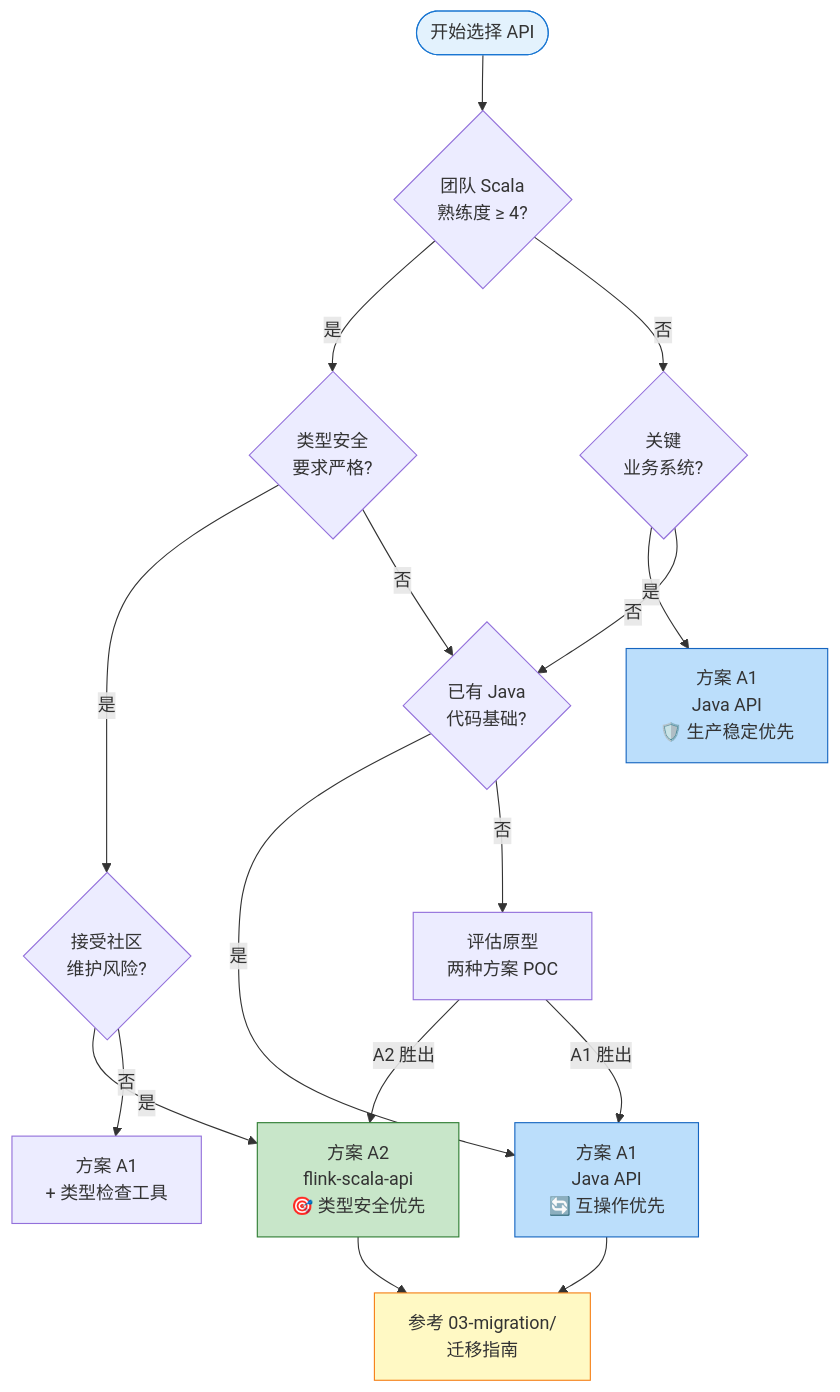
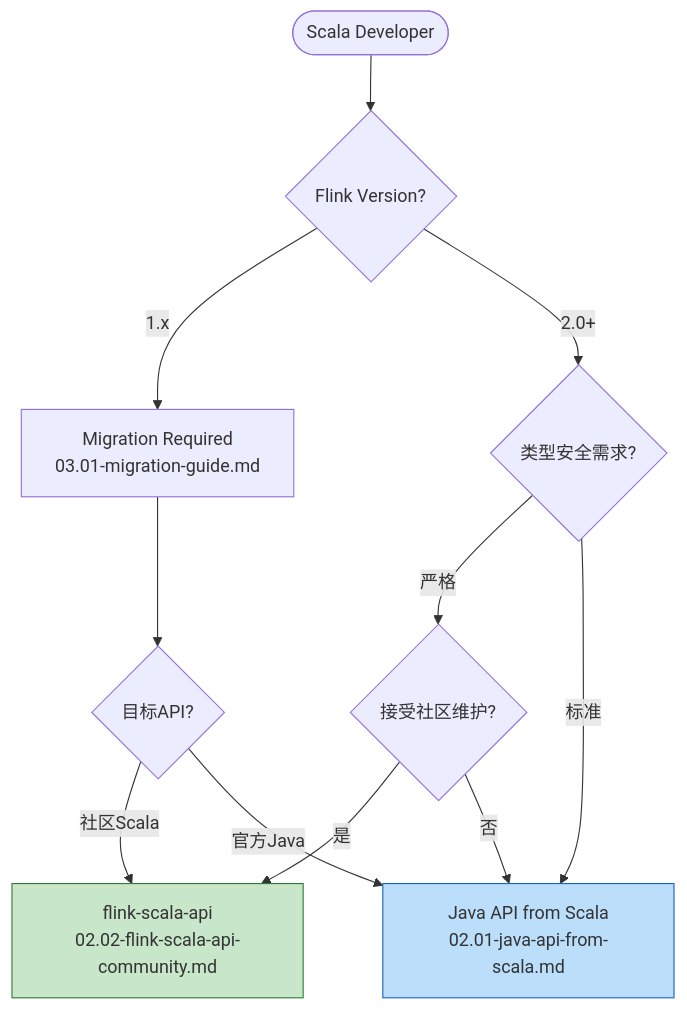
One commit to AdaMartin18010/AnalysisDataFlow changed the eighth of 10 diagrams in Flink/09-language-foundations/00-INDEX.md. Above: the diagram before and after it, drawn with Mermaid. The commit also changed other lines of this file and 19 other files, not shown here.

````diff
--- a/Flink/09-language-foundations/00-INDEX.md
+++ b/Flink/09-language-foundations/00-INDEX.md
@@ -460,31 +444,20 @@
 ```mermaid
 flowchart TD
-    START([开始选择 API]) --> Q1{团队 Scala<br/>熟练度 ≥ 4?}
+    START([Scala Developer]) --> Q1{Flink Version?}
 
-    Q1 -->|是| Q2{类型安全<br/>要求严格?}
-    Q1 -->|否| Q3{关键<br/>业务系统?}
+    Q1 -->|1.x| MIGRATE[Migration Required<br/>03.01-migration-guide.md]
+    Q1 -->|2.0+| Q2{类型安全需求?}
 
-    Q2 -->|是| Q4{接受社区<br/>维护风险?}
-    Q2 -->|否| Q5{已有 Java<br/>代码基础?}
+    Q2 -->|严格| Q3{接受社区维护?}
+    Q2 -->|标准| JAVA_API[Java API from Scala<br/>02.01-java-api-from-scala.md]
 
-    Q4 -->|是| A2["方案 A2<br/>flink-scala-api<br/>🎯 类型安全优先"]
-    Q4 -->|否| A1_WARN["方案 A1<br/>+ 类型检查工具"]
+    Q3 -->|是| SCALA_API[flink-scala-api<br/>02.02-flink-scala-api-community.md]
+    Q3 -->|否| JAVA_API
 
-    Q3 -->|是| A1_PROD["方案 A1<br/>Java API<br/>🛡️ 生产稳定优先"]
-    Q3 -->|否| Q5
+    MIGRATE --> MIGRATE_CHOICE{目标API?}
+    MIGRATE_CHOICE -->|社区Scala| SCALA_API
+    MIGRATE_CHOICE -->|官方Java| JAVA_API
 
-    Q5 -->|是| A1["方案 A1<br/>Java API<br/>🔄 互操作优先"]
-    Q5 -->|否| EVAL["评估原型<br/>两种方案 POC"]
-
-    EVAL -->|A2 胜出| A2
-    EVAL -->|A1 胜出| A1
-
-    A1 --> MIGRATE["参考 03-migration/<br/>迁移指南"]
-    A2 --> MIGRATE
-
-    style START fill:#e3f2fd,stroke:#1976d2
-    style A2 fill:#c8e6c9,stroke:#2e7d32
-    style A1 fill:#bbdefb,stroke:#1565c0
-    style A1_PROD fill:#bbdefb,stroke:#1565c0
-    style MIGRATE fill:#fff9c4,stroke:#f57f17
+    style SCALA_API fill:#c8e6c9,stroke:#2e7d32
+    style JAVA_API fill:#bbdefb,stroke:#1565c0
 ```
````
